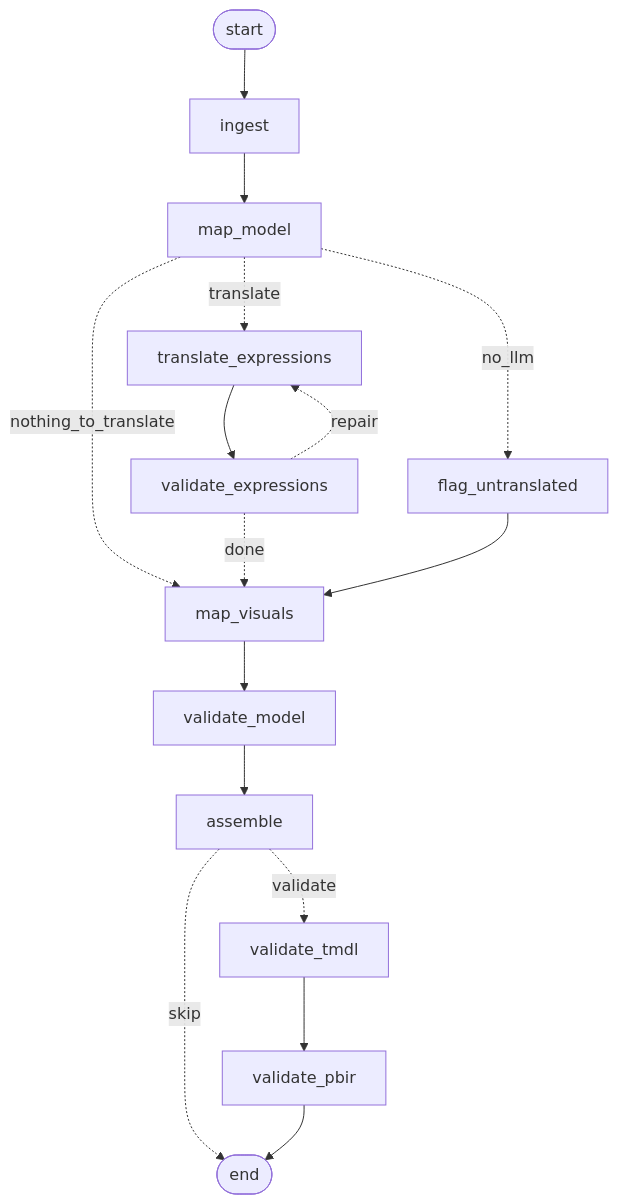
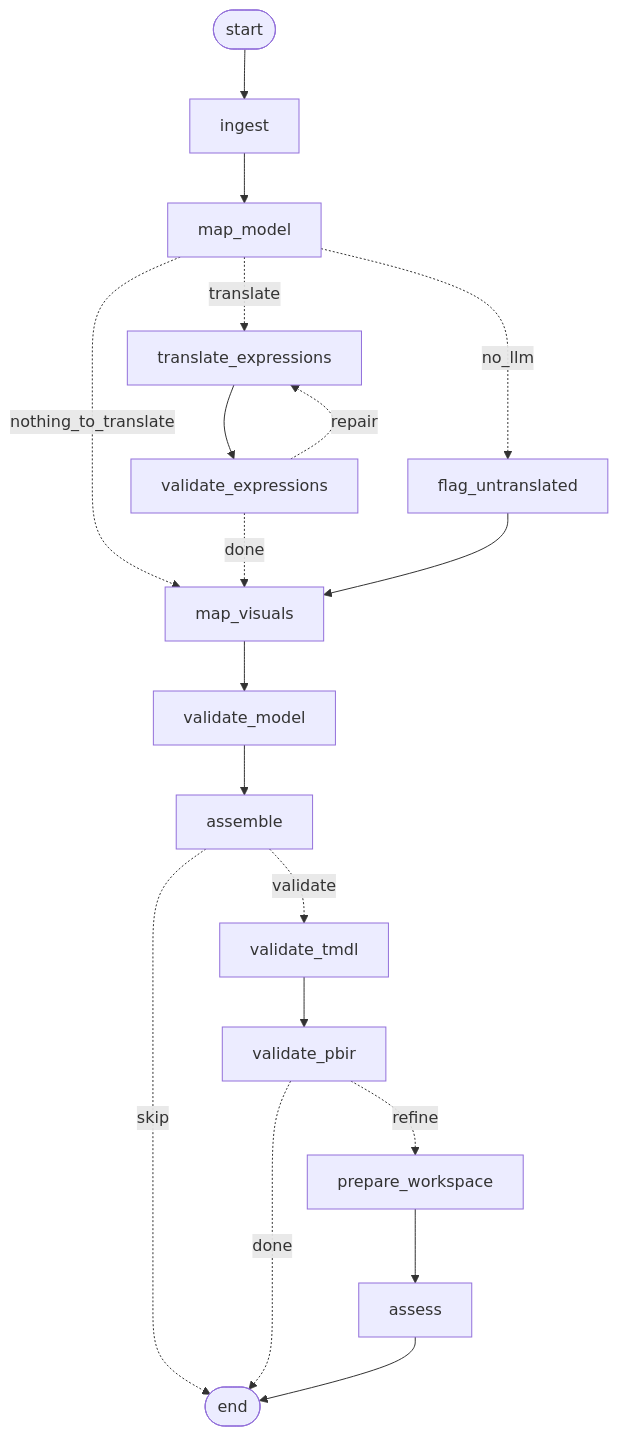
One commit to AGiorni/tableau-to-powerbi-migrator changed the diagram in README.md. Above: the diagram before and after it, drawn with Mermaid. The commit also changed other lines of this file and 12 other files, not shown here.

````diff
--- a/README.md
+++ b/README.md
@@ -14,18 +14,21 @@
 ```mermaid
 graph TD
     START([start]) --> ingest
     ingest --> map_model
     map_model -.->|translate| translate_expressions
     map_model -.->|no_llm| flag_untranslated
     map_model -.->|nothing_to_translate| map_visuals
     translate_expressions --> validate_expressions
     validate_expressions -.->|repair| translate_expressions
     validate_expressions -.->|done| map_visuals
     flag_untranslated --> map_visuals
     map_visuals --> validate_model
     validate_model --> assemble
     assemble -.->|validate| validate_tmdl
     assemble -.->|skip| END([end])
     validate_tmdl --> validate_pbir
-    validate_pbir --> END
+    validate_pbir -.->|refine| prepare_workspace
+    validate_pbir -.->|done| END
+    prepare_workspace --> assess
+    assess --> END
 ```
````
